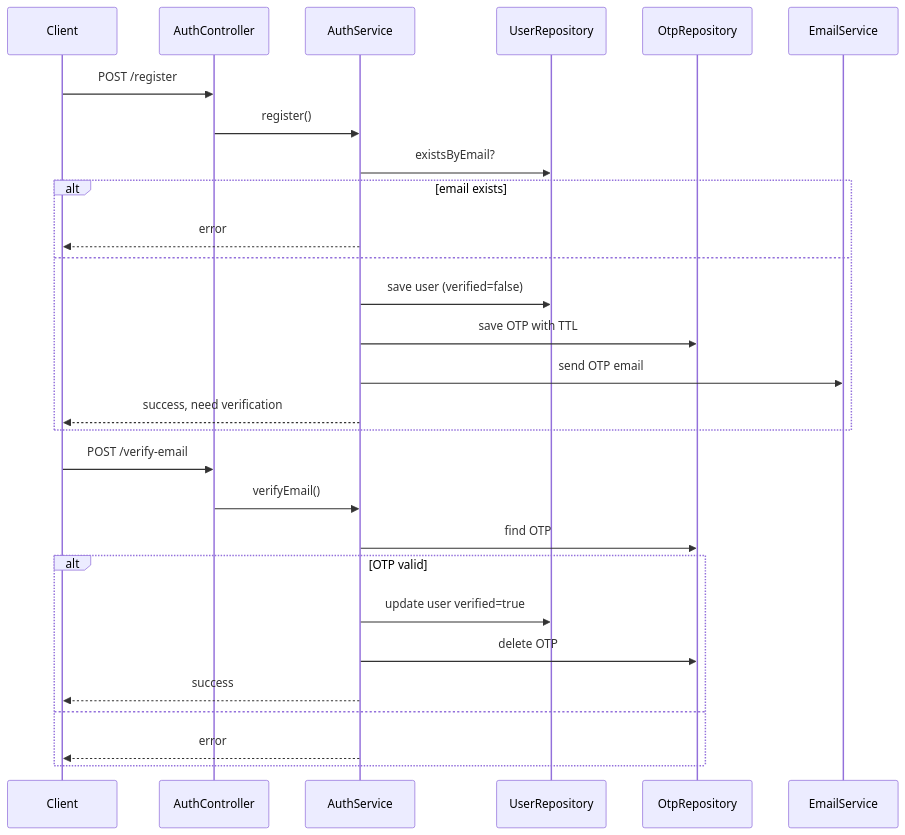
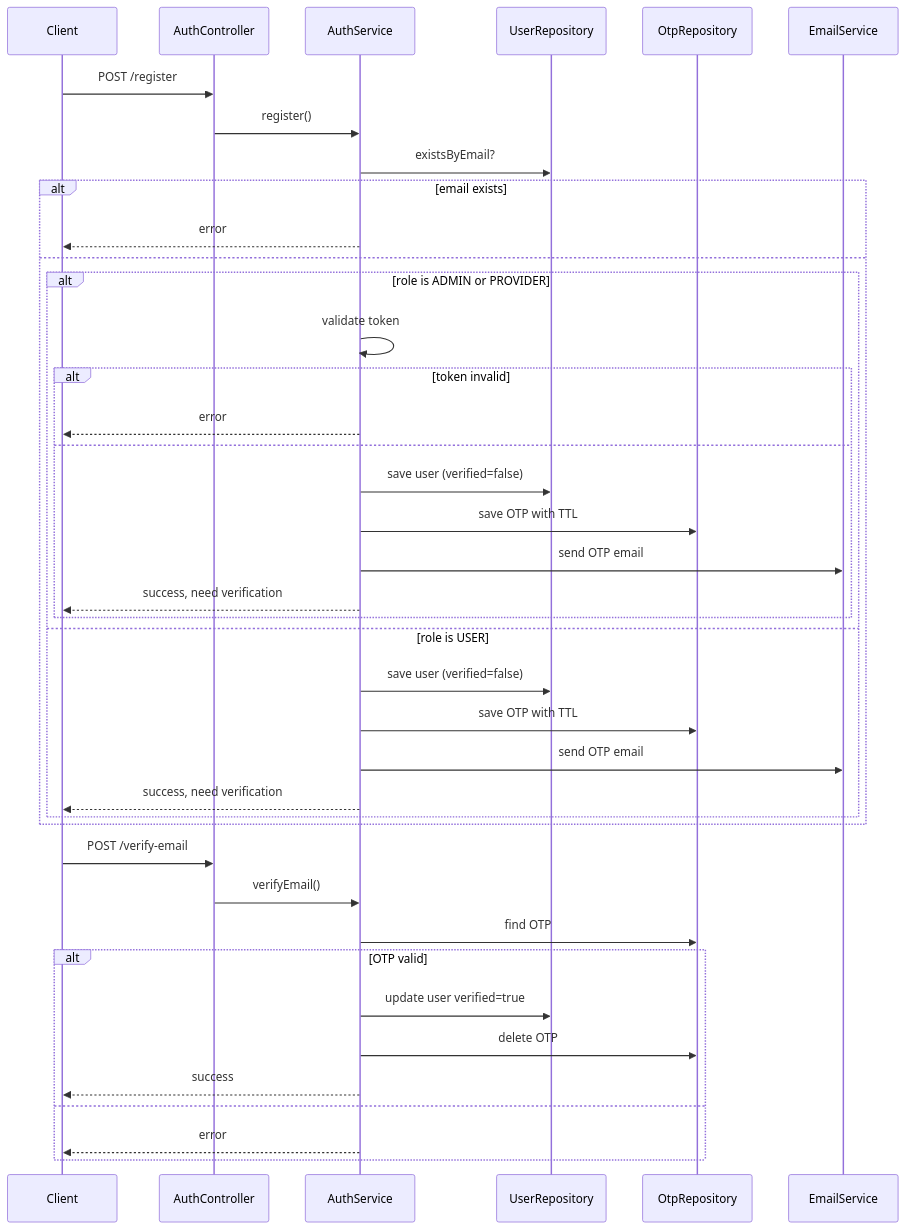
The sixth of 20 diagrams in DOCUMENTATION.md (harman-04/QueueLess), drawn with Mermaid before and after one commit. The commit also changed other lines of this file and 2 other files, not shown here.

````diff
--- a/DOCUMENTATION.md
+++ b/DOCUMENTATION.md
@@ -734,31 +708,43 @@
 ```mermaid
 sequenceDiagram
     participant Client
     participant AuthController
     participant AuthService
     participant UserRepository
     participant OtpRepository
     participant EmailService
 
     Client->>AuthController: POST /register
     AuthController->>AuthService: register()
     AuthService->>UserRepository: existsByEmail?
     alt email exists
         AuthService-->>Client: error
     else
-        AuthService->>UserRepository: save user (verified=false)
-        AuthService->>OtpRepository: save OTP with TTL
-        AuthService->>EmailService: send OTP email
-        AuthService-->>Client: success, need verification
+        alt role is ADMIN or PROVIDER
+            AuthService->>AuthService: validate token
+            alt token invalid
+                AuthService-->>Client: error
+            else
+                AuthService->>UserRepository: save user (verified=false)
+                AuthService->>OtpRepository: save OTP with TTL
+                AuthService->>EmailService: send OTP email
+                AuthService-->>Client: success, need verification
+            end
+        else role is USER
+            AuthService->>UserRepository: save user (verified=false)
+            AuthService->>OtpRepository: save OTP with TTL
+            AuthService->>EmailService: send OTP email
+            AuthService-->>Client: success, need verification
+        end
     end
     Client->>AuthController: POST /verify-email
     AuthController->>AuthService: verifyEmail()
     AuthService->>OtpRepository: find OTP
     alt OTP valid
         AuthService->>UserRepository: update user verified=true
         AuthService->>OtpRepository: delete OTP
         AuthService-->>Client: success
     else
         AuthService-->>Client: error
     end
 ```
````
